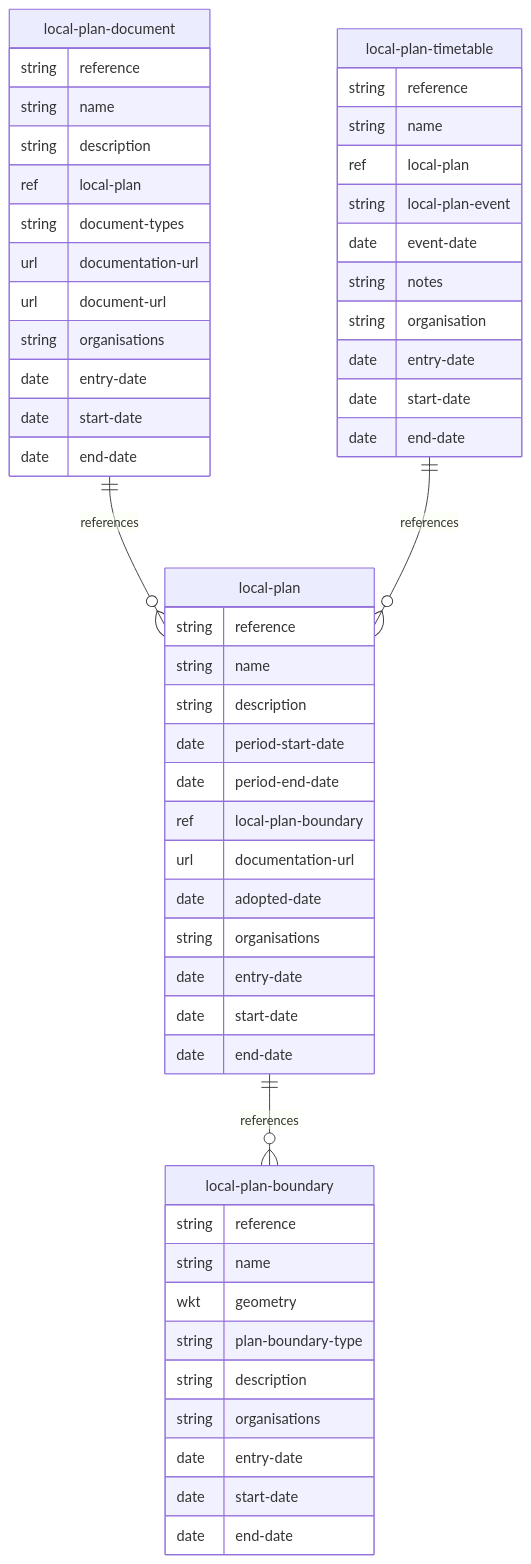
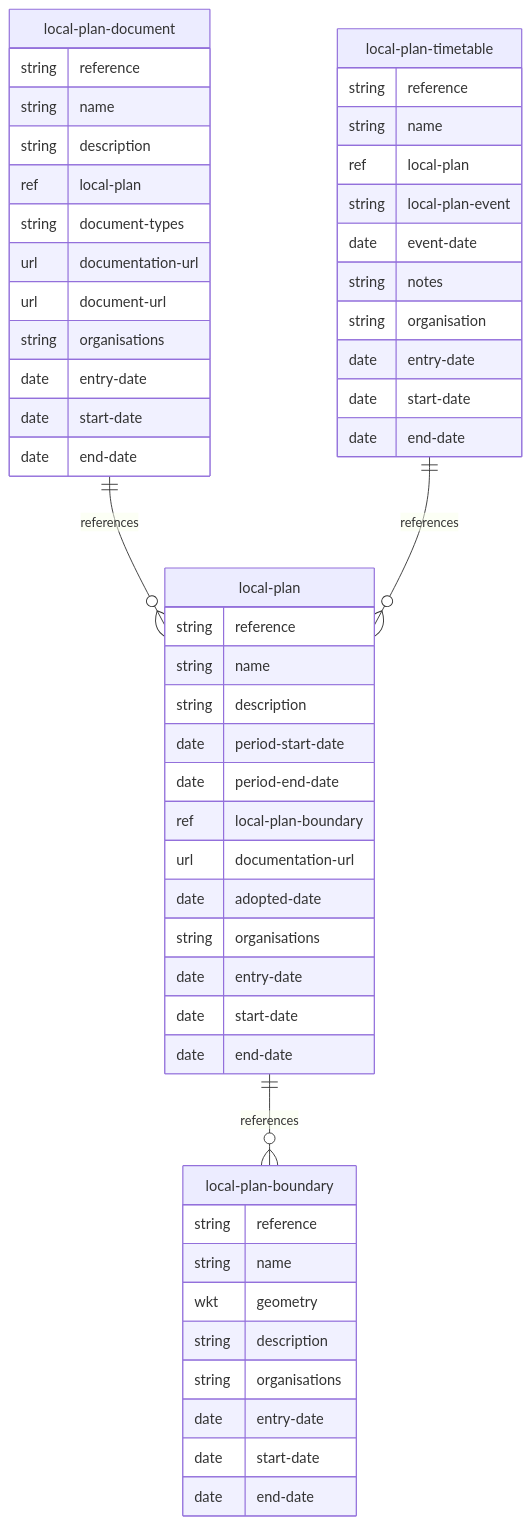
Before and after one commit to digital-land/specification: the diagram in docs/mermaid/local-plan.md, drawn with Mermaid. The commit also changed 18 other files, not shown here.

````diff
--- a/docs/mermaid/local-plan.md
+++ b/docs/mermaid/local-plan.md
@@ -4,56 +4,55 @@
 ```mermaid
 erDiagram
     local-plan-boundary {
         string reference
         string name
         wkt geometry
-        string plan-boundary-type
         string description
         string organisations
         date entry-date
         date start-date
         date end-date
     }
     local-plan {
         string reference
         string name
         string description
         date period-start-date
         date period-end-date
         ref local-plan-boundary
         url documentation-url
         date adopted-date
         string organisations
         date entry-date
         date start-date
         date end-date
     }
     local-plan-document {
         string reference
         string name
         string description
         ref local-plan
         string document-types
         url documentation-url
         url document-url
         string organisations
         date entry-date
         date start-date
         date end-date
     }
     local-plan-timetable {
         string reference
         string name
         ref local-plan
         string local-plan-event
         date event-date
         string notes
         string organisation
         date entry-date
         date start-date
         date end-date
     }
     local-plan ||--o{ local-plan-boundary : references
     local-plan-document ||--o{ local-plan : references
     local-plan-timetable ||--o{ local-plan : references
 ```
````
